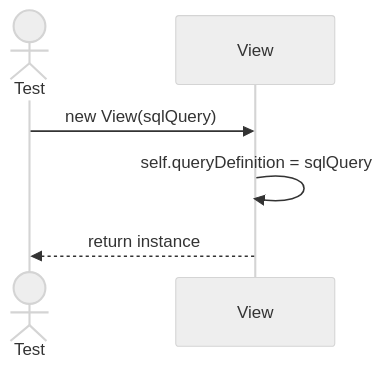
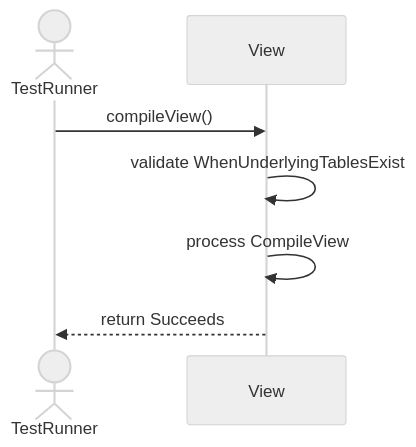
The second of 6 diagrams in Sequences/DatabaseObjectManagement/View.md (TamBui1706/DBMS), drawn with Mermaid (neutral theme) before and after one commit. The commit also changed other lines of this file and 63 other files, not shown here.

Commit message:
Draw sequence diagram for unit tests

````diff
--- a/Sequences/DatabaseObjectManagement/View.md
+++ b/Sequences/DatabaseObjectManagement/View.md
@@ -15,9 +31,9 @@
 ```mermaid
 sequenceDiagram
-    actor Test
+    actor TestRunner
     participant View
-
-    Test->>View: new View(sqlQuery)
-    View->>View: self.queryDefinition = sqlQuery
-    View-->>Test: return instance
+    TestRunner->>View: compileView()
+    View->>View: validate WhenUnderlyingTablesExist
+    View->>View: process CompileView
+    View-->>TestRunner: return Succeeds
 ```
````
